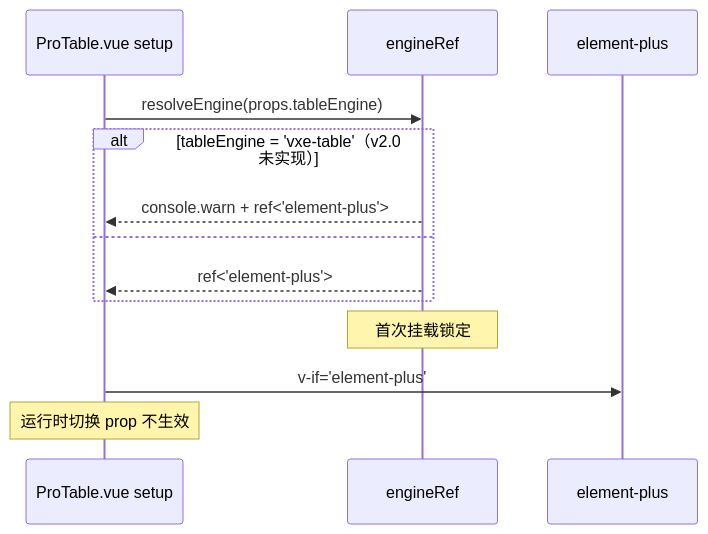
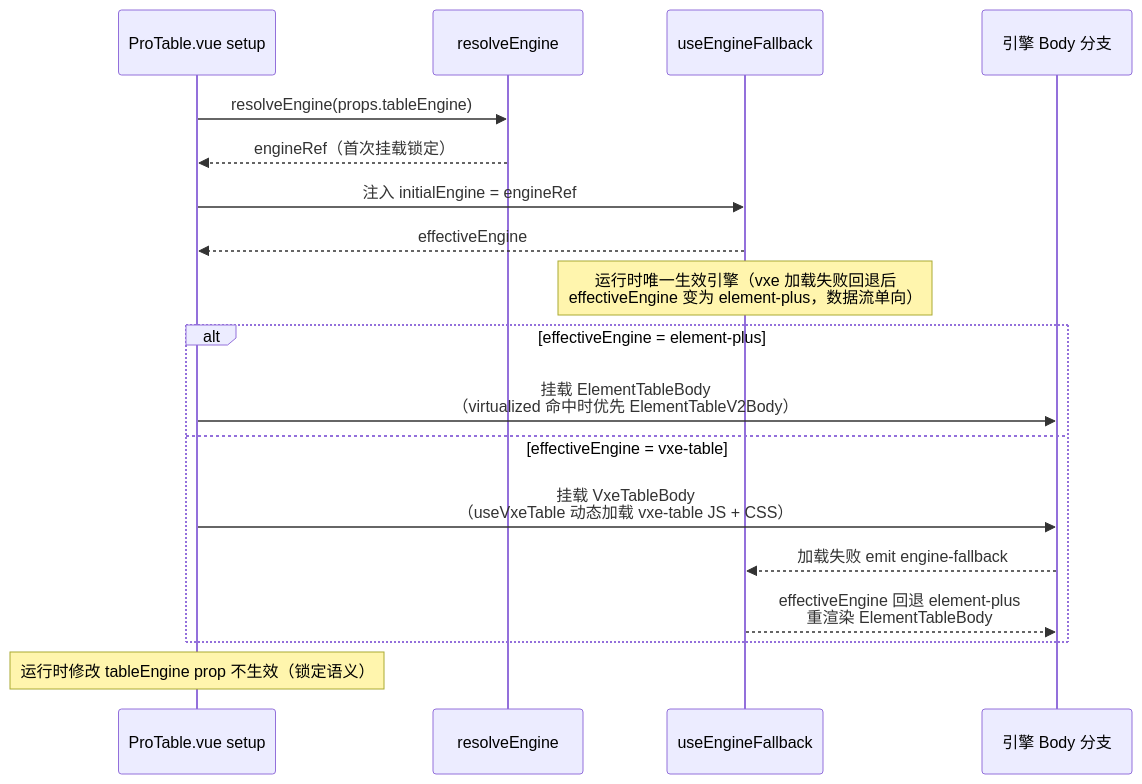
One commit to Mr-Super-X/vue3-vite-project changed the second of 2 diagrams in src/components/ProTable/ARCHITECTURE.md. Above: the diagram before and after it, drawn with Mermaid. The commit also changed other lines of this file and 9 other files, not shown here.

````diff
--- a/src/components/ProTable/ARCHITECTURE.md
+++ b/src/components/ProTable/ARCHITECTURE.md
@@ -156,15 +163,20 @@
 ```mermaid
 sequenceDiagram
     participant Setup as ProTable.vue setup
-    participant Engine as engineRef
-    participant EP as element-plus
+    participant Engine as resolveEngine
+    participant FB as useEngineFallback
+    participant Body as 引擎 Body 分支
     Setup->>Engine: resolveEngine(props.tableEngine)
-    alt tableEngine = 'vxe-table'（v2.0 未实现）
-        Engine-->>Setup: console.warn + ref<'element-plus'>
-    else
-        Engine-->>Setup: ref<'element-plus'>
+    Engine-->>Setup: engineRef（首次挂载锁定）
+    Setup->>FB: 注入 initialEngine = engineRef
+    FB-->>Setup: effectiveEngine
+    Note over FB: 运行时唯一生效引擎（vxe 加载失败回退后<br/>effectiveEngine 变为 element-plus，数据流单向）
+    alt effectiveEngine = element-plus
+        Setup->>Body: 挂载 ElementTableBody<br/>（virtualized 命中时优先 ElementTableV2Body）
+    else effectiveEngine = vxe-table
+        Setup->>Body: 挂载 VxeTableBody<br/>（useVxeTable 动态加载 vxe-table JS + CSS）
+        Body-->>FB: 加载失败 emit engine-fallback
+        FB-->>Body: effectiveEngine 回退 element-plus<br/>重渲染 ElementTableBody
     end
-    Note over Engine: 首次挂载锁定
-    Setup->>EP: v-if='element-plus'
-    Note over Setup: 运行时切换 prop 不生效
+    Note over Setup: 运行时修改 tableEngine prop 不生效（锁定语义）
 ```
````
